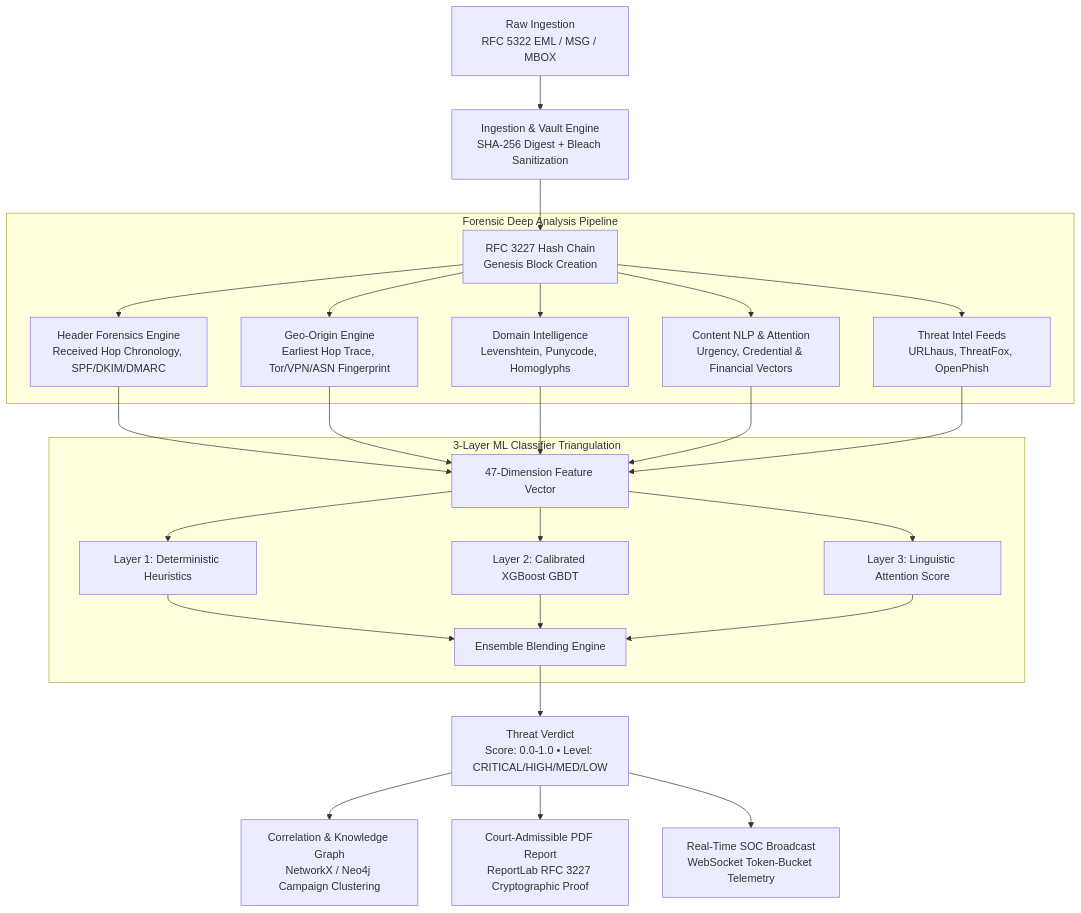
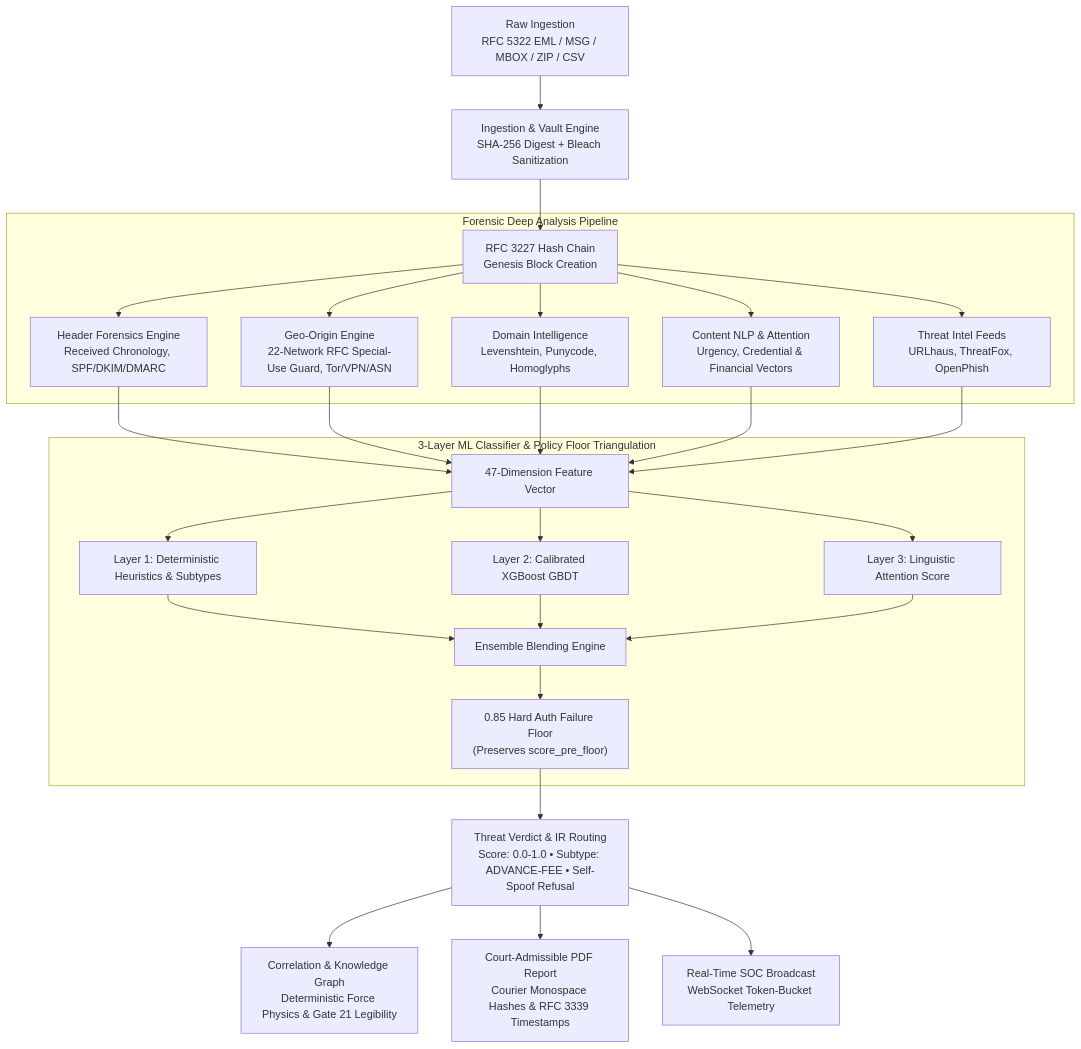
Before and after one commit to Parth-tab/SENTRY-AI-Powered-Email-Threat-Detection: the diagram in docs/ARCHITECTURE.md, drawn with Mermaid. The commit also changed other lines of this file and 2 other files, not shown here.

Commit message:
docs(readme): synchronize README and architecture narrative with PROJECT_FACTS (DOC-004)

````diff
--- a/docs/ARCHITECTURE.md
+++ b/docs/ARCHITECTURE.md
@@ -24,33 +24,34 @@
 ```mermaid
 flowchart TD
-    A["Raw Ingestion<br/>RFC 5322 EML / MSG / MBOX"] --> B["Ingestion & Vault Engine<br/>SHA-256 Digest + Bleach Sanitization"]
+    A["Raw Ingestion<br/>RFC 5322 EML / MSG / MBOX / ZIP / CSV"] --> B["Ingestion & Vault Engine<br/>SHA-256 Digest + Bleach Sanitization"]
     B --> C["RFC 3227 Hash Chain<br/>Genesis Block Creation"]
     
     subgraph "Forensic Deep Analysis Pipeline"
-        C --> D1["Header Forensics Engine<br/>Received Hop Chronology, SPF/DKIM/DMARC"]
-        C --> D2["Geo-Origin Engine<br/>Earliest Hop Trace, Tor/VPN/ASN Fingerprint"]
+        C --> D1["Header Forensics Engine<br/>Received Chronology, SPF/DKIM/DMARC"]
+        C --> D2["Geo-Origin Engine<br/>22-Network RFC Special-Use Guard, Tor/VPN/ASN"]
         C --> D3["Domain Intelligence<br/>Levenshtein, Punycode, Homoglyphs"]
         C --> D4["Content NLP & Attention<br/>Urgency, Credential & Financial Vectors"]
         C --> D5["Threat Intel Feeds<br/>URLhaus, ThreatFox, OpenPhish"]
     end
 
     D1 --> E["47-Dimension Feature Vector"]
     D2 --> E
     D3 --> E
     D4 --> E
     D5 --> E
 
-    subgraph "3-Layer ML Classifier Triangulation"
-        E --> F1["Layer 1: Deterministic Heuristics"]
+    subgraph "3-Layer ML Classifier & Policy Floor Triangulation"
+        E --> F1["Layer 1: Deterministic Heuristics & Subtypes"]
         E --> F2["Layer 2: Calibrated XGBoost GBDT"]
         E --> F3["Layer 3: Linguistic Attention Score"]
         F1 --> G["Ensemble Blending Engine"]
         F2 --> G
         F3 --> G
+        G --> G_Floor["0.85 Hard Auth Failure Floor<br/>(Preserves score_pre_floor)"]
     end
 
-    G --> H["Threat Verdict<br/>Score: 0.0-1.0 • Level: CRITICAL/HIGH/MED/LOW"]
-    H --> I["Correlation & Knowledge Graph<br/>NetworkX / Neo4j Campaign Clustering"]
-    H --> J["Court-Admissible PDF Report<br/>ReportLab RFC 3227 Cryptographic Proof"]
+    G_Floor --> H["Threat Verdict & IR Routing<br/>Score: 0.0-1.0 • Subtype: ADVANCE-FEE • Self-Spoof Refusal"]
+    H --> I["Correlation & Knowledge Graph<br/>Deterministic Force Physics & Gate 21 Legibility"]
+    H --> J["Court-Admissible PDF Report<br/>Courier Monospace Hashes & RFC 3339 Timestamps"]
     H --> K["Real-Time SOC Broadcast<br/>WebSocket Token-Bucket Telemetry"]
 ```
````
